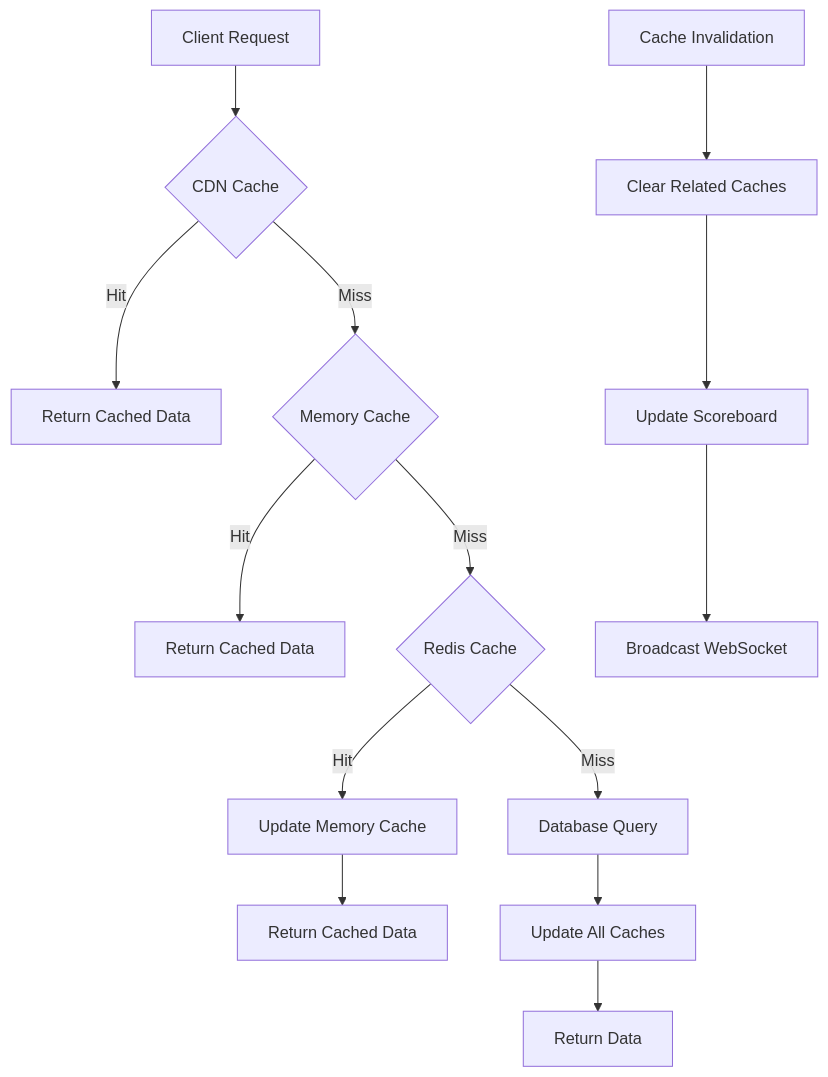
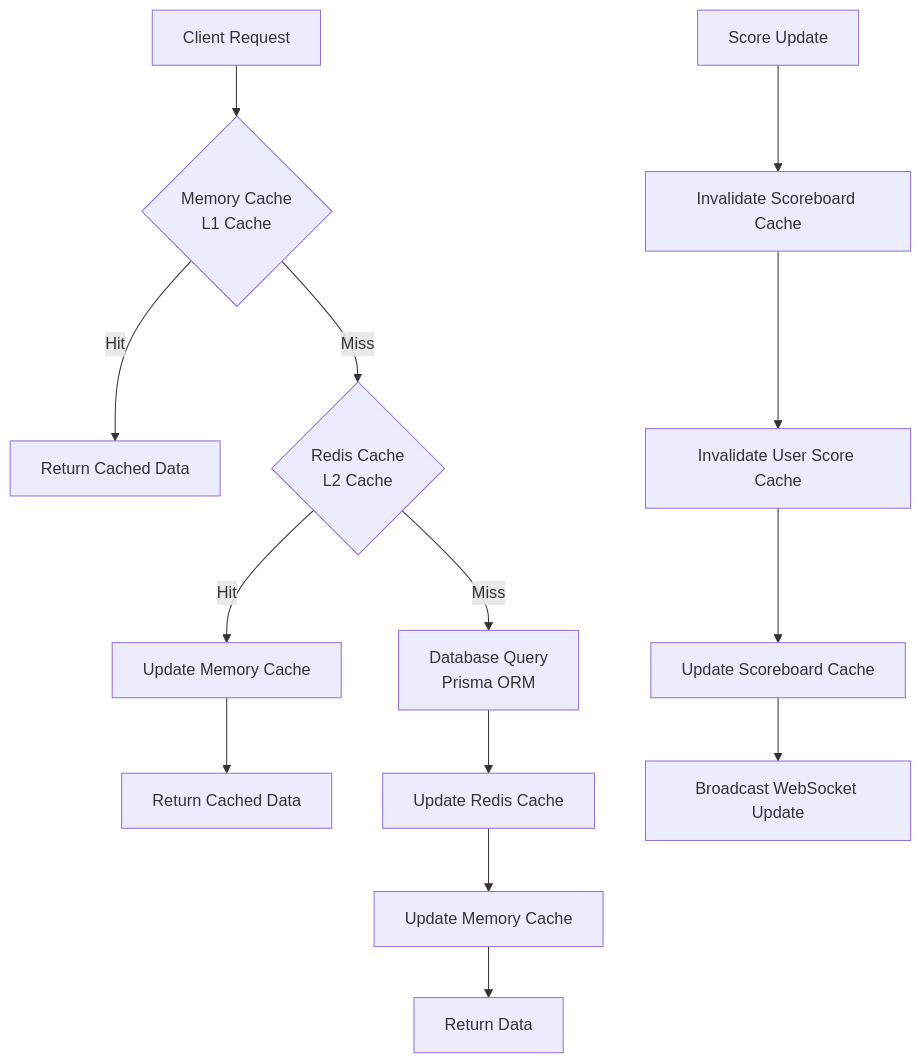
Before and after one commit to hashcott/code-challenge: the fourth of 22 diagrams in src/problem6/docs/FLOW_DIAGRAM.md, drawn with Mermaid. The commit also changed other lines of this file, not shown here.

Commit message:
docs: flow diagram

````diff
--- a/src/problem6/docs/FLOW_DIAGRAM.md
+++ b/src/problem6/docs/FLOW_DIAGRAM.md
@@ -96,17 +95,17 @@
 ```mermaid
 graph TB
-    A[Client Request] --> B{CDN Cache}
+    A[Client Request] --> B{Memory Cache<br/>L1 Cache}
     B -->|Hit| C[Return Cached Data]
-    B -->|Miss| D{Memory Cache}
-    D -->|Hit| E[Return Cached Data]
-    D -->|Miss| F{Redis Cache}
-    F -->|Hit| G[Update Memory Cache]
-    G --> H[Return Cached Data]
-    F -->|Miss| I[Database Query]
-    I --> J[Update All Caches]
-    J --> K[Return Data]
+    B -->|Miss| D{Redis Cache<br/>L2 Cache}
+    D -->|Hit| E[Update Memory Cache]
+    E --> F[Return Cached Data]
+    D -->|Miss| G[Database Query<br/>Prisma ORM]
+    G --> H[Update Redis Cache]
+    H --> I[Update Memory Cache]
+    I --> J[Return Data]
     
-    L[Cache Invalidation] --> M[Clear Related Caches]
-    M --> N[Update Scoreboard]
-    N --> O[Broadcast WebSocket]
+    K[Score Update] --> L[Invalidate Scoreboard Cache]
+    L --> M[Invalidate User Score Cache]
+    M --> N[Update Scoreboard Cache]
+    N --> O[Broadcast WebSocket Update]
 ```
````
